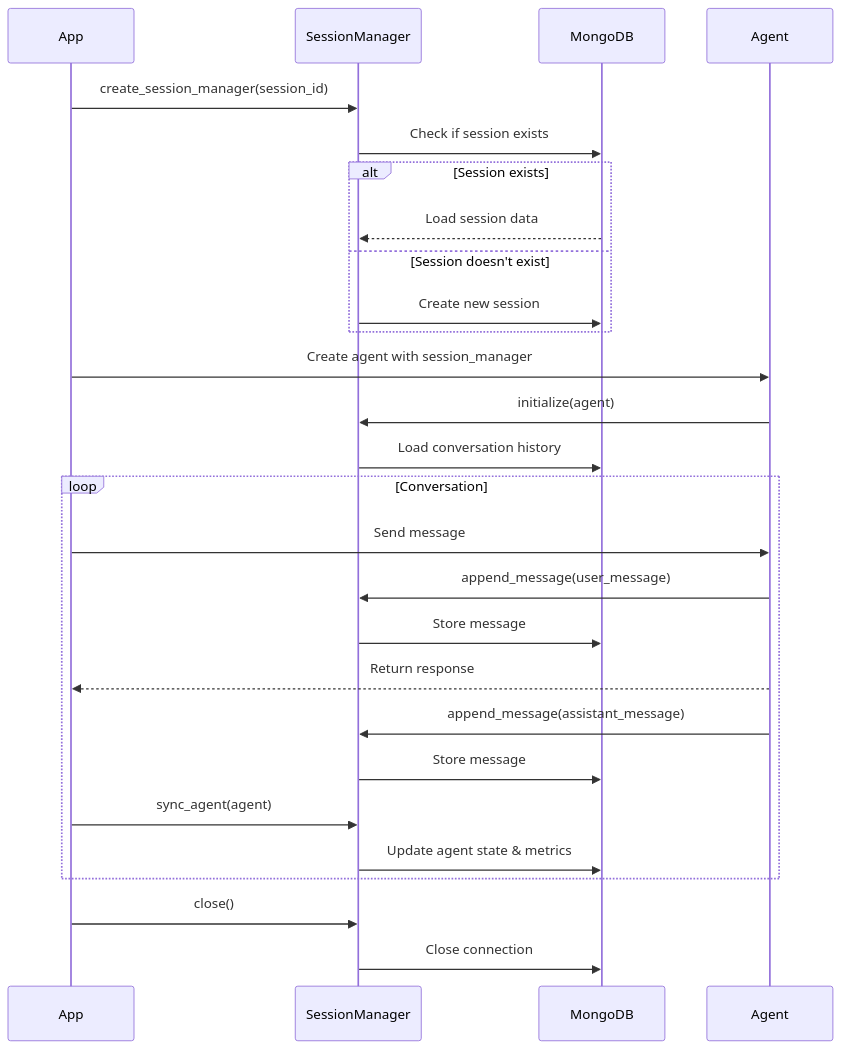
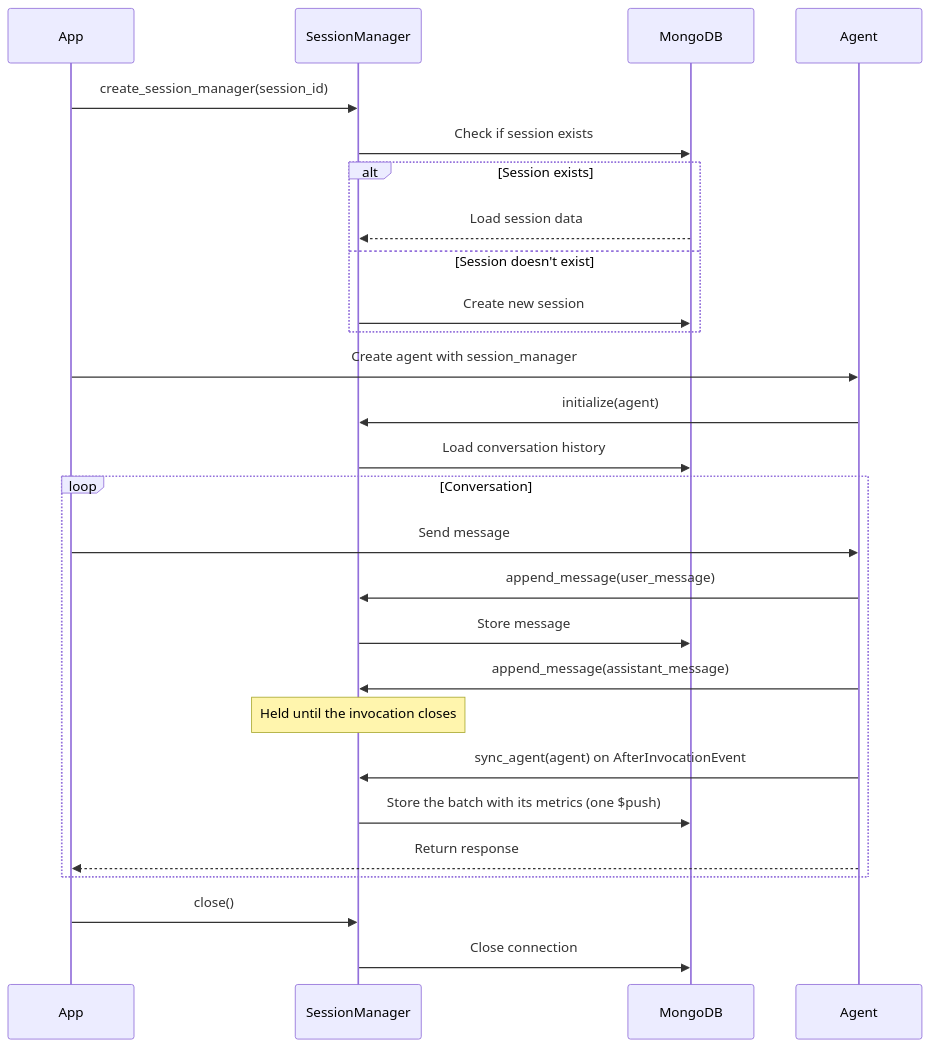
Before and after one commit to iguinea/mongodb-session-manager: the second of 2 diagrams in docs/user-guide/session-management.md, drawn with Mermaid. The commit also changed other lines of this file and 25 other files, not shown here.

````diff
--- a/docs/user-guide/session-management.md
+++ b/docs/user-guide/session-management.md
@@ -141,33 +139,33 @@
 ```mermaid
 sequenceDiagram
     participant App
     participant SessionManager
     participant MongoDB
     participant Agent
 
     App->>SessionManager: create_session_manager(session_id)
     SessionManager->>MongoDB: Check if session exists
     alt Session exists
         MongoDB-->>SessionManager: Load session data
     else Session doesn't exist
         SessionManager->>MongoDB: Create new session
     end
 
     App->>Agent: Create agent with session_manager
     Agent->>SessionManager: initialize(agent)
     SessionManager->>MongoDB: Load conversation history
 
     loop Conversation
         App->>Agent: Send message
         Agent->>SessionManager: append_message(user_message)
         SessionManager->>MongoDB: Store message
+        Agent->>SessionManager: append_message(assistant_message)
+        Note over SessionManager: Held until the invocation closes
+        Agent->>SessionManager: sync_agent(agent) on AfterInvocationEvent
+        SessionManager->>MongoDB: Store the batch with its metrics (one $push)
         Agent-->>App: Return response
-        Agent->>SessionManager: append_message(assistant_message)
-        SessionManager->>MongoDB: Store message
-        App->>SessionManager: sync_agent(agent)
-        SessionManager->>MongoDB: Update agent state & metrics
     end
 
     App->>SessionManager: close()
     SessionManager->>MongoDB: Close connection
 ```
````
